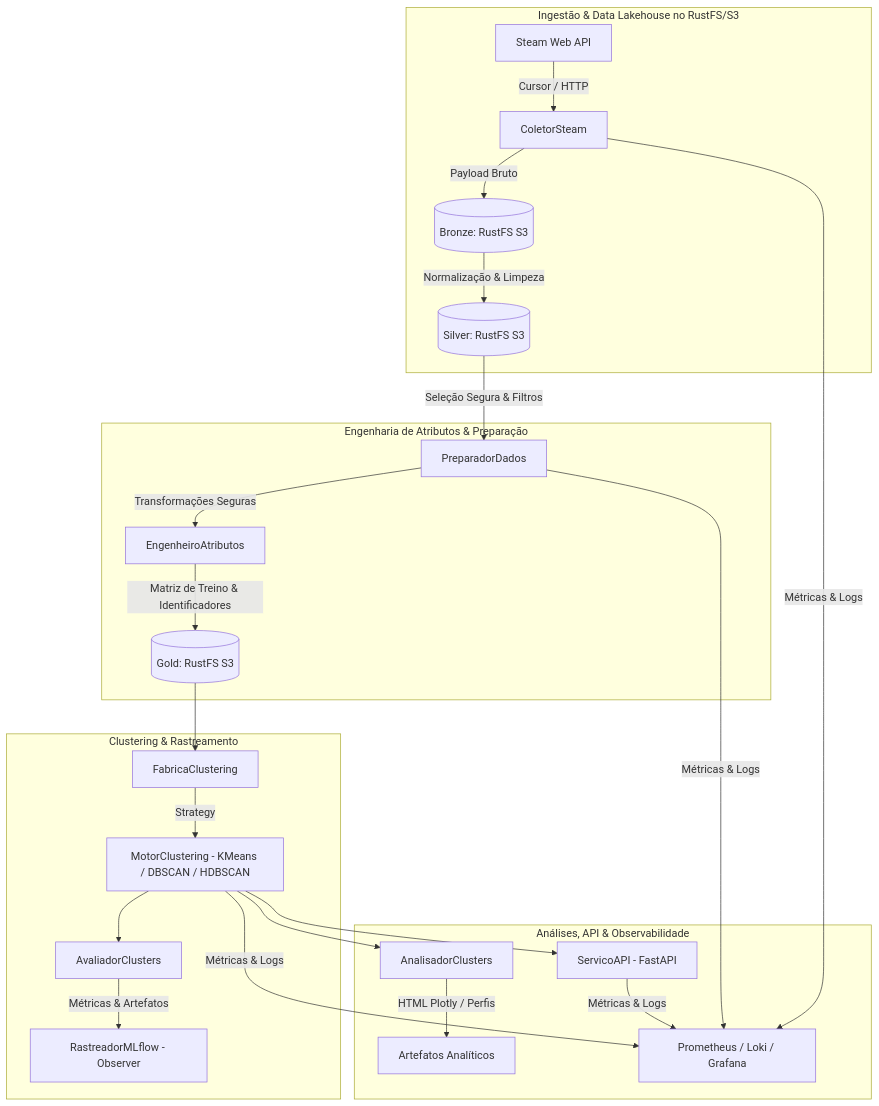
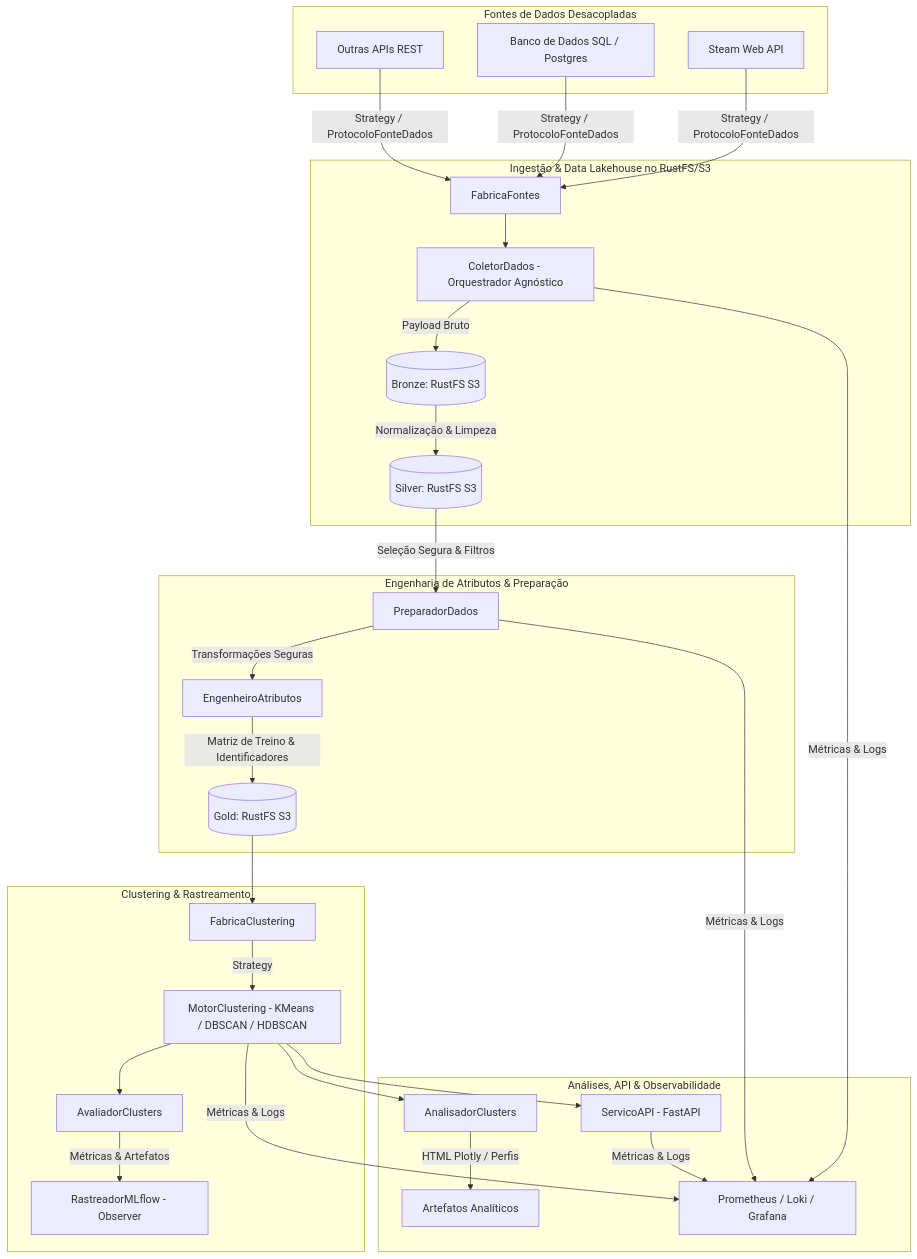
The diagram in production_artifacts/Technical_Specification.md (rodrigorocha1234/agrupamento_comentarios_youtube), drawn with Mermaid before and after one commit. The commit also changed other lines of this file and 37 other files, not shown here.

````diff
--- a/production_artifacts/Technical_Specification.md
+++ b/production_artifacts/Technical_Specification.md
@@ -35,28 +37,35 @@
 ```mermaid
 flowchart TD
+    subgraph Fontes [Fontes de Dados Desacopladas]
+        F1[Steam Web API]
+        F2[Banco de Dados SQL / Postgres]
+        F3[Outras APIs REST]
+    end
+
     subgraph Ingestao [Ingestão & Data Lakehouse no RustFS/S3]
-        A[Steam Web API] -->|Cursor / HTTP| B[ColetorSteam]
+        F1 & F2 & F3 -->|Strategy / ProtocoloFonteDados| A[FabricaFontes]
+        A --> B[ColetorDados - Orquestrador Agnóstico]
         B -->|Payload Bruto| C[(Bronze: RustFS S3)]
         C -->|Normalização & Limpeza| D[(Silver: RustFS S3)]
     end
 
     subgraph Preparacao [Engenharia de Atributos & Preparação]
         D -->|Seleção Segura & Filtros| E[PreparadorDados]
         E -->|Transformações Seguras| F[EngenheiroAtributos]
         F -->|Matriz de Treino & Identificadores| G[(Gold: RustFS S3)]
     end
 
     subgraph Modelagem [Clustering & Rastreamento]
         G --> H[FabricaClustering]
         H -->|Strategy| I[MotorClustering - KMeans / DBSCAN / HDBSCAN]
         I --> J[AvaliadorClusters]
         J -->|Métricas & Artefatos| K[RastreadorMLflow - Observer]
     end
 
     subgraph Entrega [Análises, API & Observabilidade]
         I --> L[AnalisadorClusters]
         L -->|HTML Plotly / Perfis| M[Artefatos Analíticos]
         I --> N[ServicoAPI - FastAPI]
         B & E & I & N -->|Métricas & Logs| O[Prometheus / Loki / Grafana]
     end
 ```
````
